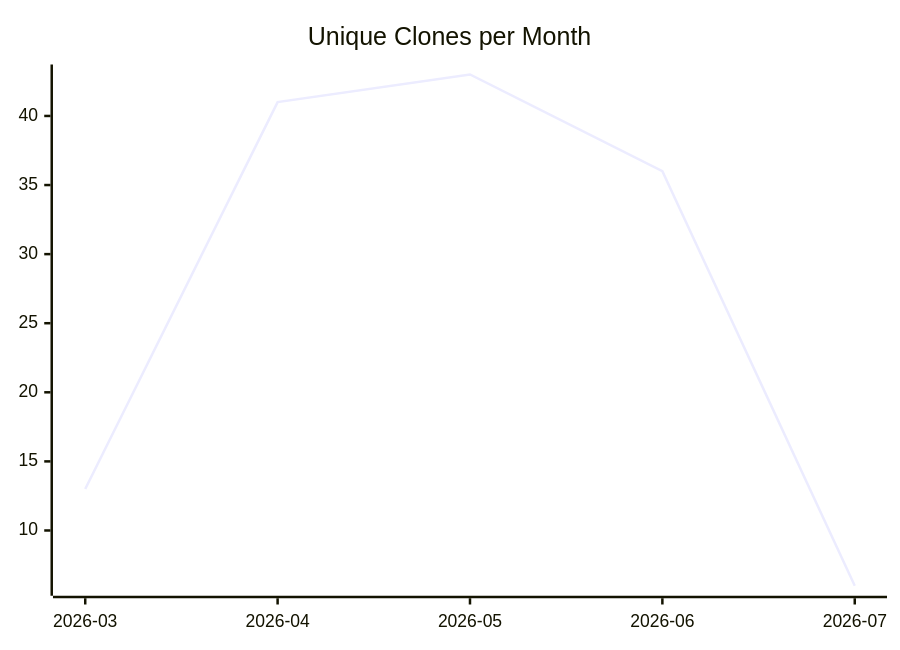
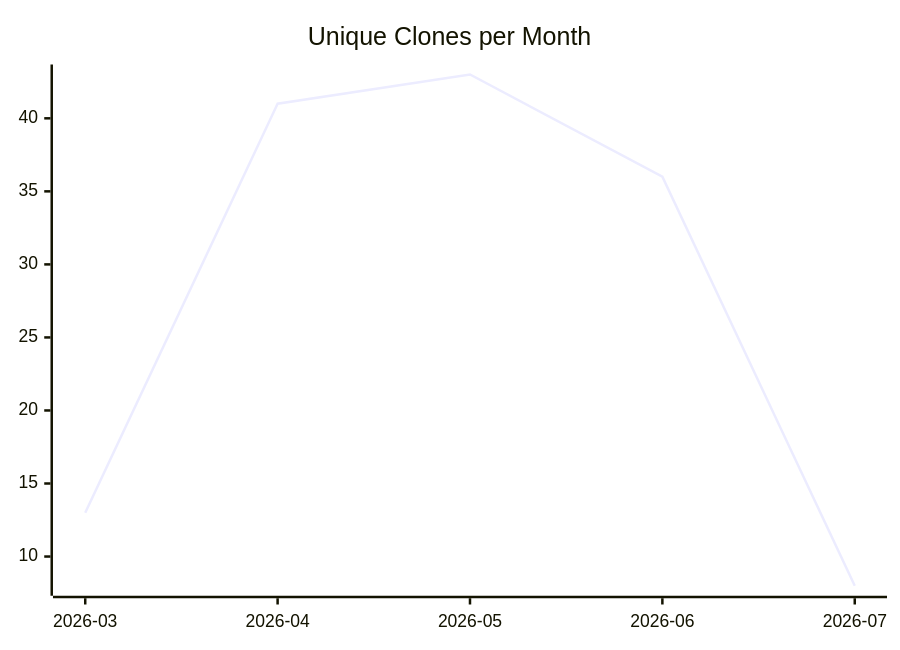
The third of 3 diagrams in karlmdavis/usgs-water-api-java/README.md (justdavis-family/github-analytics-data), drawn with Mermaid before and after one commit. The commit also changed other lines of this file and 184 other files, not shown here.

````diff
--- a/karlmdavis/usgs-water-api-java/README.md
+++ b/karlmdavis/usgs-water-api-java/README.md
@@ -19,6 +19,6 @@
 ```mermaid
 xychart-beta
   title "Unique Clones per Month"
   x-axis ["2026-03", "2026-04", "2026-05", "2026-06", "2026-07"]
-  line [13, 41, 43, 36, 6]
+  line [13, 41, 43, 36, 8]
 ```
````
